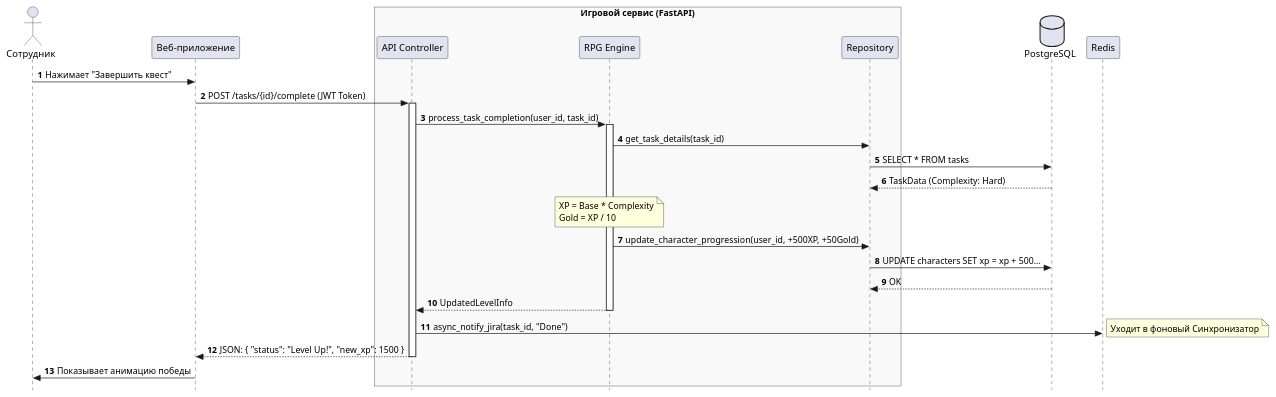
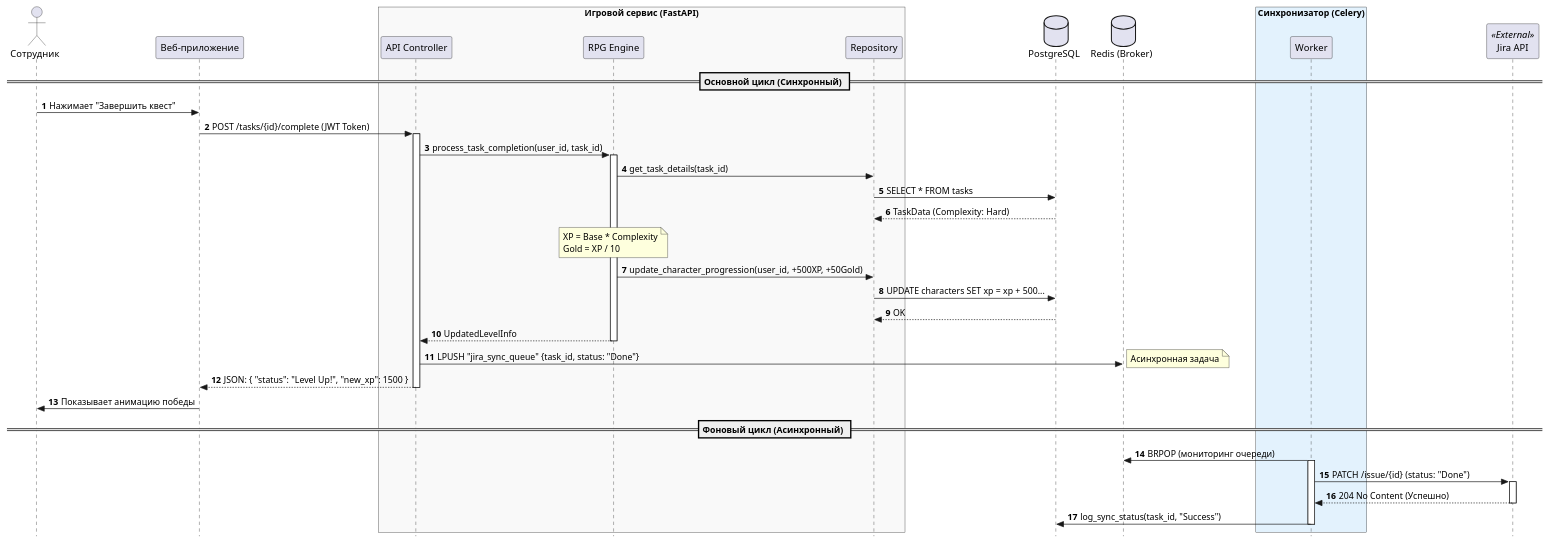
One commit to Qweyke/corp-game-system-devquest changed the diagram in sequence.plantuml. Above: the diagram before and after it, drawn with PlantUML. The commit also changed 5 other files, not shown here.

```diff
--- a/sequence.plantuml
+++ b/sequence.plantuml
@@ -1,42 +1,65 @@
 @startuml
 skinparam style strictuml
 autonumber
 
 actor "Сотрудник" as User
 participant "Веб-приложение" as Web
+
 box "Игровой сервис (FastAPI)" #f9f9f9
     participant "API Controller" as Controller
     participant "RPG Engine" as Engine
     participant "Repository" as Repo
 end box
+
 database "PostgreSQL" as DB
-participant "Redis" as Redis
+database "Redis (Broker)" as Redis
+
+box "Синхронизатор (Celery)" #e3f2fd
+    participant "Worker" as Worker
+end box
+
+participant "Jira API" as Jira <<External>>
+
+== Основной цикл (Синхронный) ==
 
 User -> Web : Нажимает "Завершить квест"
 Web -> Controller : POST /tasks/{id}/complete (JWT Token)
 
 activate Controller
 Controller -> Engine : process_task_completion(user_id, task_id)
 
 activate Engine
 Engine -> Repo : get_task_details(task_id)
 Repo -> DB : SELECT * FROM tasks
 DB --> Repo : TaskData (Complexity: Hard)
 
 note over Engine : XP = Base * Complexity\nGold = XP / 10
 
 Engine -> Repo : update_character_progression(user_id, +500XP, +50Gold)
 Repo -> DB : UPDATE characters SET xp = xp + 500...
 DB --> Repo : OK
 
 Engine --> Controller : UpdatedLevelInfo
 deactivate Engine
 
-Controller -> Redis : async_notify_jira(task_id, "Done")
-note right : Уходит в фоновый Синхронизатор
+' Отправка в очередь
+Controller -> Redis : LPUSH "jira_sync_queue" {task_id, status: "Done"}
+note right : Асинхронная задача
 
 Controller --> Web : JSON: { "status": "Level Up!", "new_xp": 1500 }
 deactivate Controller
 
 Web -> User : Показывает анимацию победы
+
+== Фоновый цикл (Асинхронный) ==
+
+Redis <- Worker : BRPOP (мониторинг очереди)
+activate Worker
+Worker -> Jira : PATCH /issue/{id} (status: "Done")
+activate Jira
+Jira --> Worker : 204 No Content (Успешно)
+deactivate Jira
+Worker -> DB : log_sync_status(task_id, "Success")
+deactivate Worker
+
 @enduml
```
